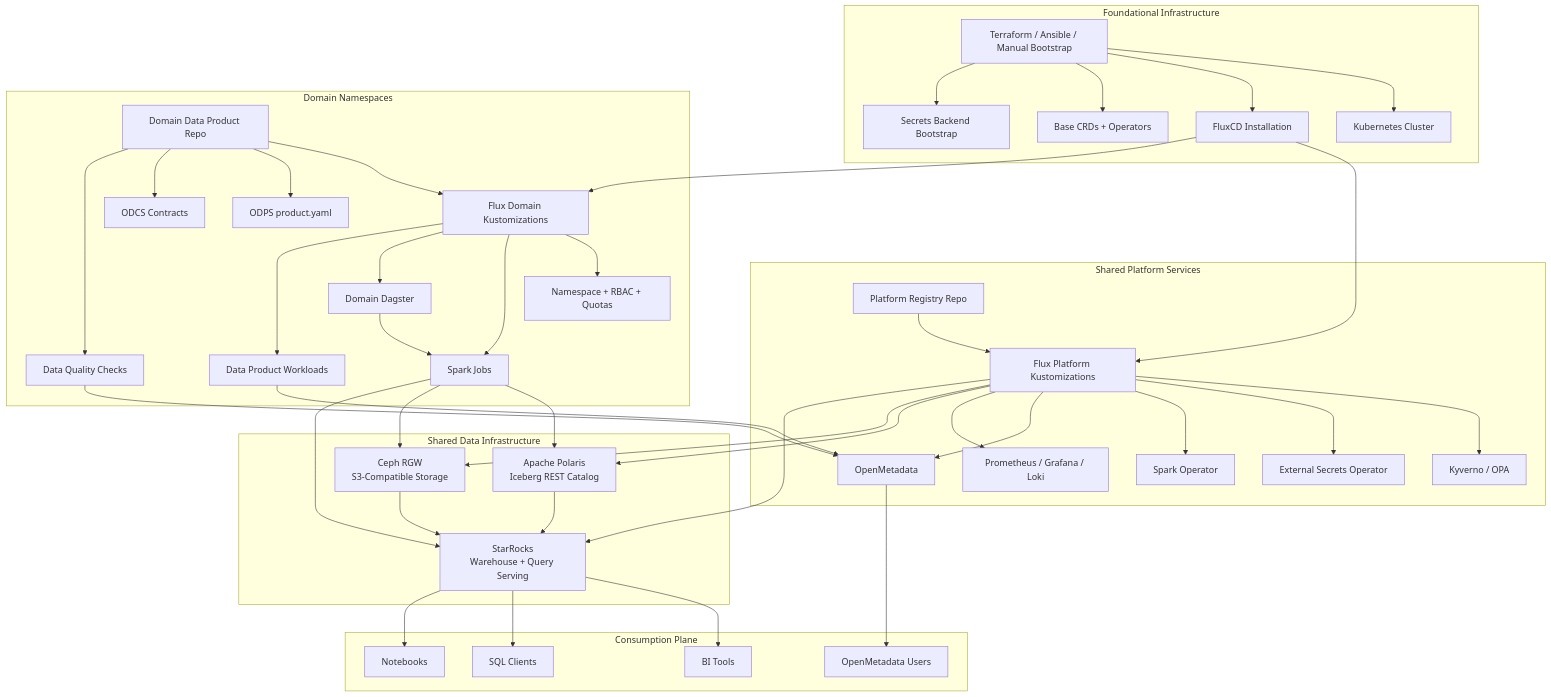
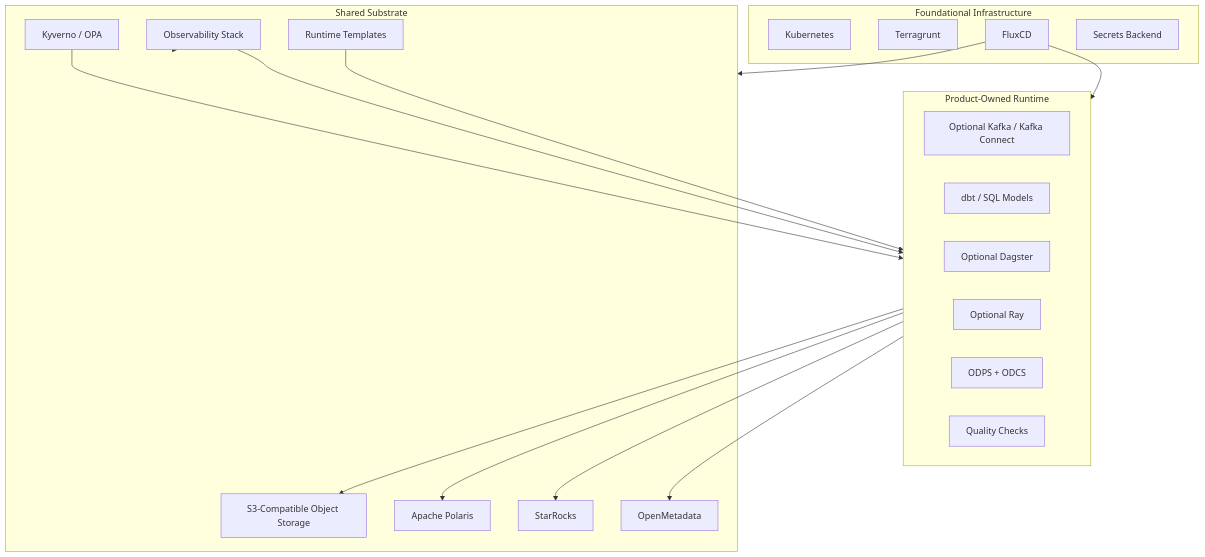
One commit to DecentraB/datahive-platform changed the second of 2 diagrams in README.md. Above: the diagram before and after it, drawn with Mermaid. The commit also changed other lines of this file, not shown here.

````diff
--- a/README.md
+++ b/README.md
@@ -173,87 +134,39 @@
 ```mermaid
 flowchart TB
     subgraph Foundation["Foundational Infrastructure"]
-        Cluster["Kubernetes Cluster"]
-        Bootstrap["Terraform / Ansible / Manual Bootstrap"]
-        Flux["FluxCD Installation"]
-        Operators["Base CRDs + Operators"]
-        SecretsBase["Secrets Backend Bootstrap"]
+        Cluster["Kubernetes"]
+        Bootstrap["Terragrunt"]
+        Flux["FluxCD"]
+        SecretsBase["Secrets Backend"]
     end
 
-    subgraph Platform["Shared Platform Services"]
-        Registry["Platform Registry Repo"]
-        SharedGitOps["Flux Platform Kustomizations"]
+    subgraph Shared["Shared Substrate"]
+        ObjectStore["S3-Compatible Object Storage"]
+        Polaris["Apache Polaris"]
+        StarRocks["StarRocks"]
+        OpenMetadata["OpenMetadata"]
         Policy["Kyverno / OPA"]
-        ESO["External Secrets Operator"]
-        SparkOperator["Spark Operator"]
-        OM["OpenMetadata"]
-        Obs["Prometheus / Grafana / Loki"]
+        Observability["Observability Stack"]
+        Templates["Runtime Templates"]
     end
 
-    subgraph DataInfra["Shared Data Infrastructure"]
-        Polaris["Apache Polaris<br/>Iceberg REST Catalog"]
-        Lake["Ceph RGW<br/>S3-Compatible Storage"]
-        StarRocks["StarRocks<br/>Warehouse + Query Serving"]
+    subgraph Products["Product-Owned Runtime"]
+        IngestionRuntime["Optional Kafka / Kafka Connect"]
+        SQLModels["dbt / SQL Models"]
+        Dagster["Optional Dagster"]
+        Ray["Optional Ray"]
+        Contracts["ODPS + ODCS"]
+        Quality["Quality Checks"]
     end
 
-    subgraph DomainRuntime["Domain Namespaces"]
-        DomainRepo["Domain Data Product Repo"]
-        DomainGitOps["Flux Domain Kustomizations"]
-        Namespace["Namespace + RBAC + Quotas"]
-        SparkJobs["Spark Jobs"]
-        Dagster["Domain Dagster"]
-        Product["Data Product Workloads"]
-        ODPS["ODPS product.yaml"]
-        ODCS["ODCS Contracts"]
-        Quality["Data Quality Checks"]
-    end
-
-    subgraph Consumers["Consumption Plane"]
-        BI["BI Tools"]
-        SQL["SQL Clients"]
-        Notebook["Notebooks"]
-        CatalogUsers["OpenMetadata Users"]
-    end
-
-    Bootstrap --> Cluster
-    Bootstrap --> Flux
-    Bootstrap --> Operators
-    Bootstrap --> SecretsBase
-
-    Registry --> SharedGitOps
-    DomainRepo --> DomainGitOps
-    Flux --> SharedGitOps
-    Flux --> DomainGitOps
-
-    SharedGitOps --> Policy
-    SharedGitOps --> ESO
-    SharedGitOps --> SparkOperator
-    SharedGitOps --> OM
-    SharedGitOps --> Obs
-    SharedGitOps --> Polaris
-    SharedGitOps --> Lake
-    SharedGitOps --> StarRocks
-
-    DomainGitOps --> Namespace
-    DomainGitOps --> SparkJobs
-    DomainGitOps --> Dagster
-    DomainGitOps --> Product
-    DomainRepo --> ODPS
-    DomainRepo --> ODCS
-    DomainRepo --> Quality
-
-    SparkJobs --> Polaris
-    SparkJobs --> Lake
-    SparkJobs --> StarRocks
-    Dagster --> SparkJobs
-    Product --> OM
-    Quality --> OM
-
-    Polaris --> StarRocks
-    Lake --> StarRocks
-
-    StarRocks --> BI
-    StarRocks --> SQL
-    StarRocks --> Notebook
-    OM --> CatalogUsers
+    Flux --> Shared
+    Flux --> Products
+    Templates --> Products
+    Products --> ObjectStore
+    Products --> Polaris
+    Products --> StarRocks
+    Products --> OpenMetadata
+    Policy --> Products
+    Observability --> Shared
+    Observability --> Products
 ```
````
